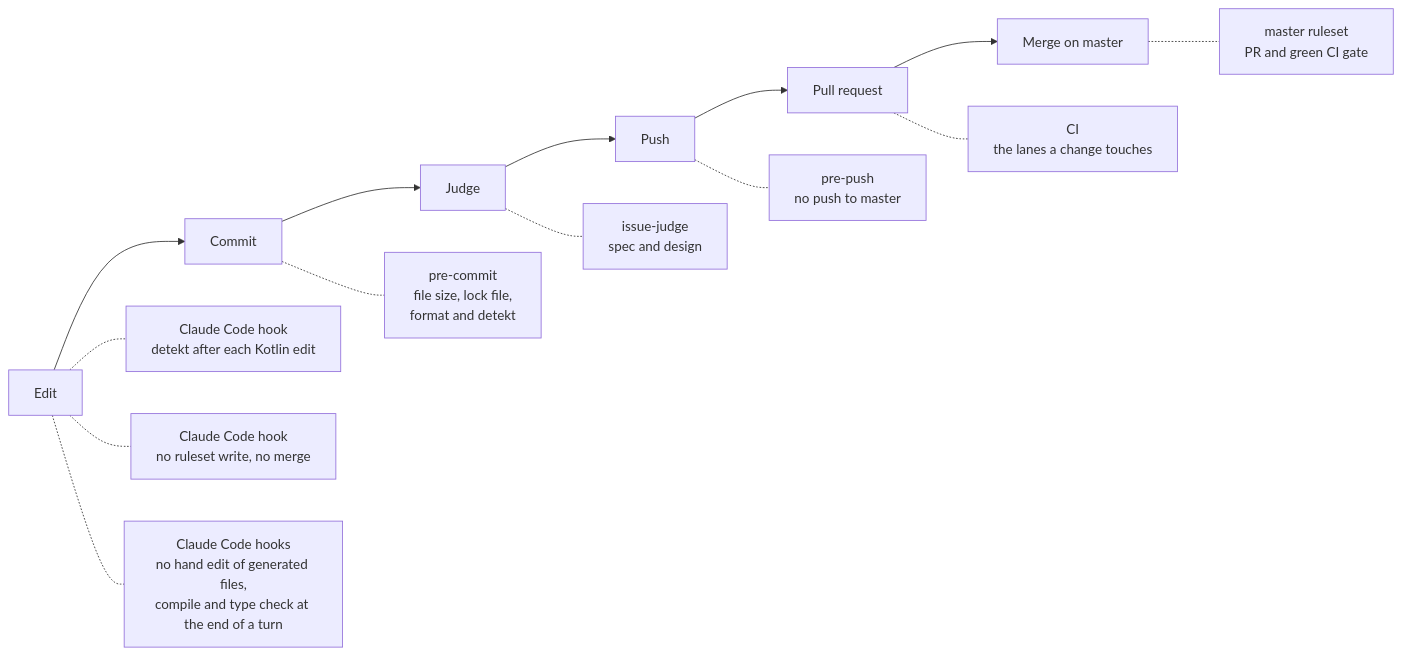
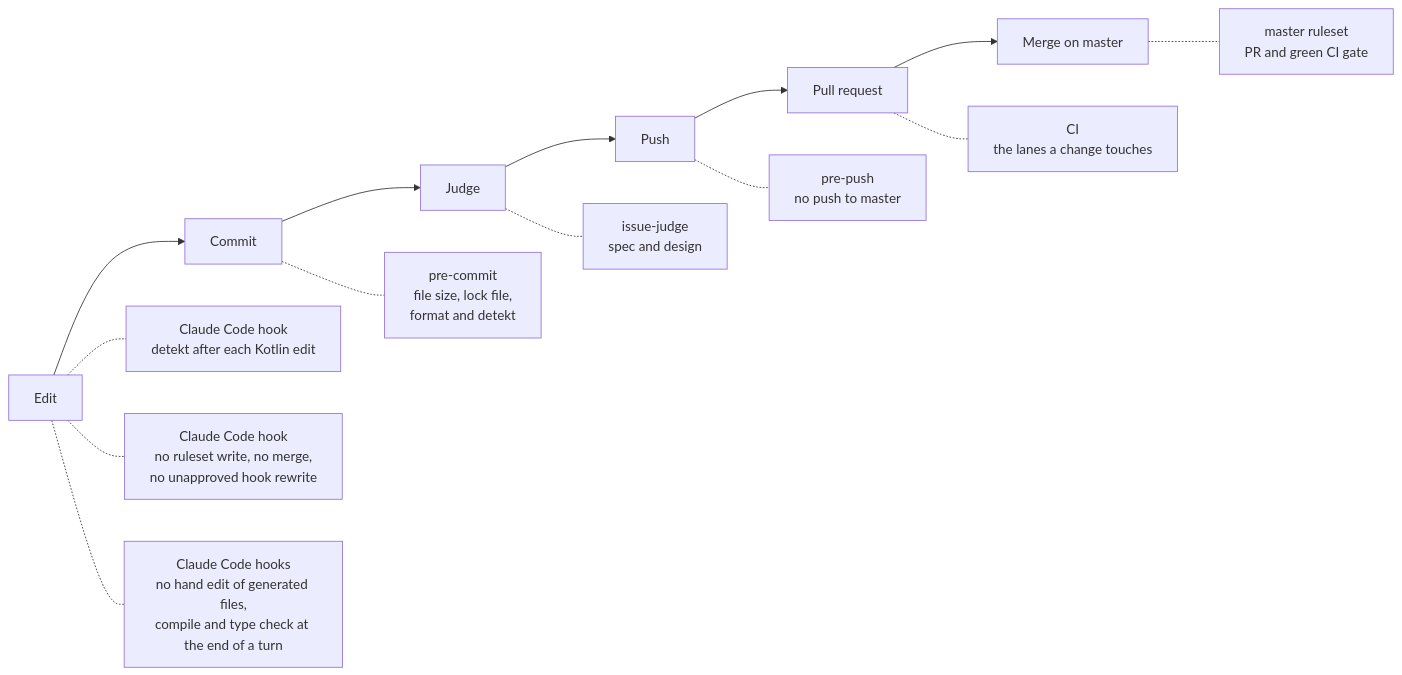
Before and after one commit to mboisnard/drinkit: the diagram in docs/src/engineering/harness.md, drawn with Mermaid. The commit also changed other lines of this file and 1 other file, not shown here.

````diff
--- a/docs/src/engineering/harness.md
+++ b/docs/src/engineering/harness.md
@@ -5,12 +5,12 @@
 ```mermaid
 flowchart LR
   edit[Edit] --> commit[Commit] --> judge[Judge] --> push[Push] --> pr[Pull request] --> merge[Merge on master]
   edit -.- claude[Claude Code hook<br/>detekt after each Kotlin edit]
-  edit -.- guard[Claude Code hook<br/>no ruleset write, no merge]
+  edit -.- guard[Claude Code hook<br/>no ruleset write, no merge,<br/>no unapproved hook rewrite]
   edit -.- generated[Claude Code hooks<br/>no hand edit of generated files,<br/>compile and type check at the end of a turn]
   commit -.- precommit[pre-commit<br/>file size, lock file,<br/>format and detekt]
   judge -.- issuejudge[issue-judge<br/>spec and design]
   push -.- prepush[pre-push<br/>no push to master]
   pr -.- ci[CI<br/>the lanes a change touches]
   merge -.- ruleset[master ruleset<br/>PR and green CI gate]
 ```
````
